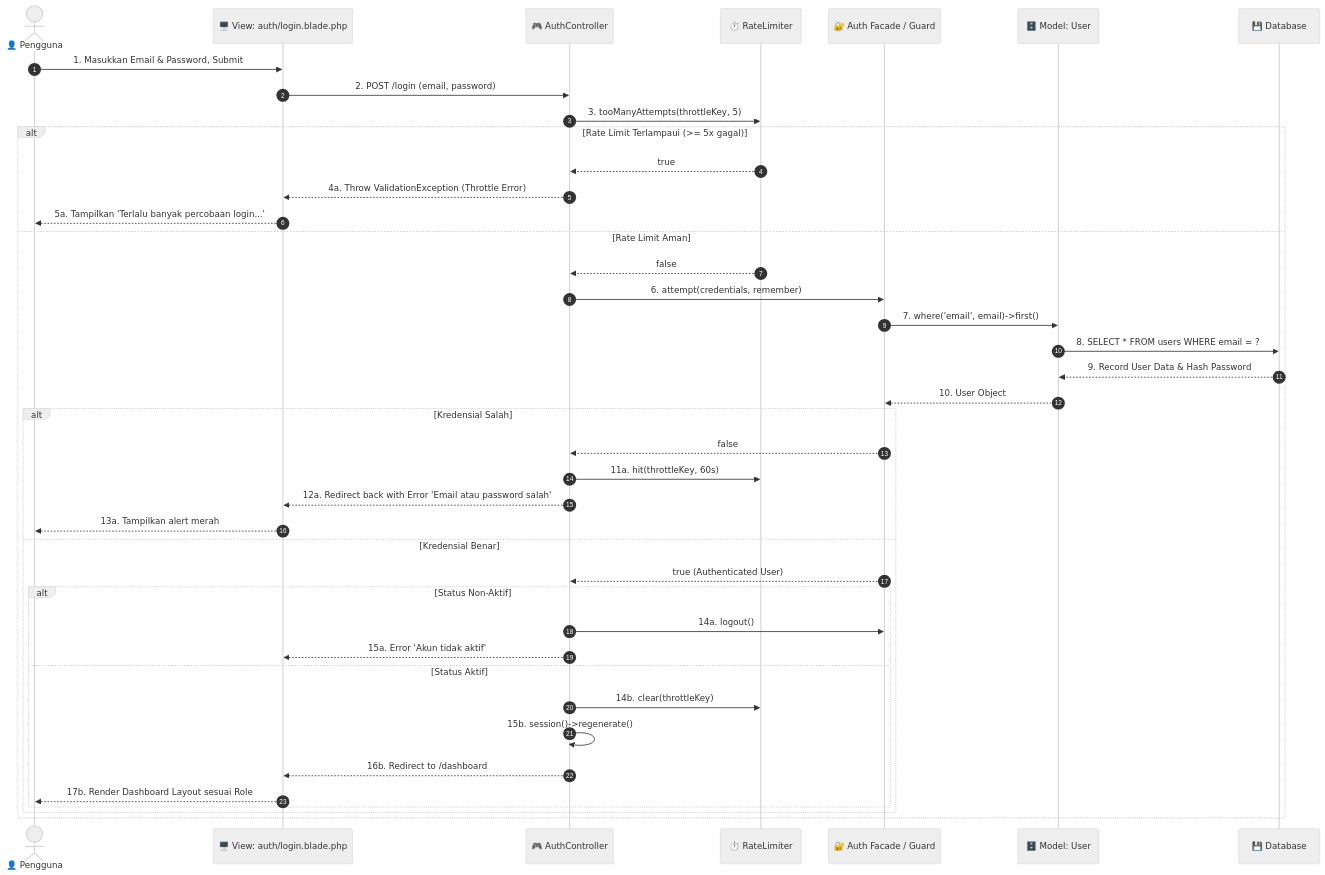
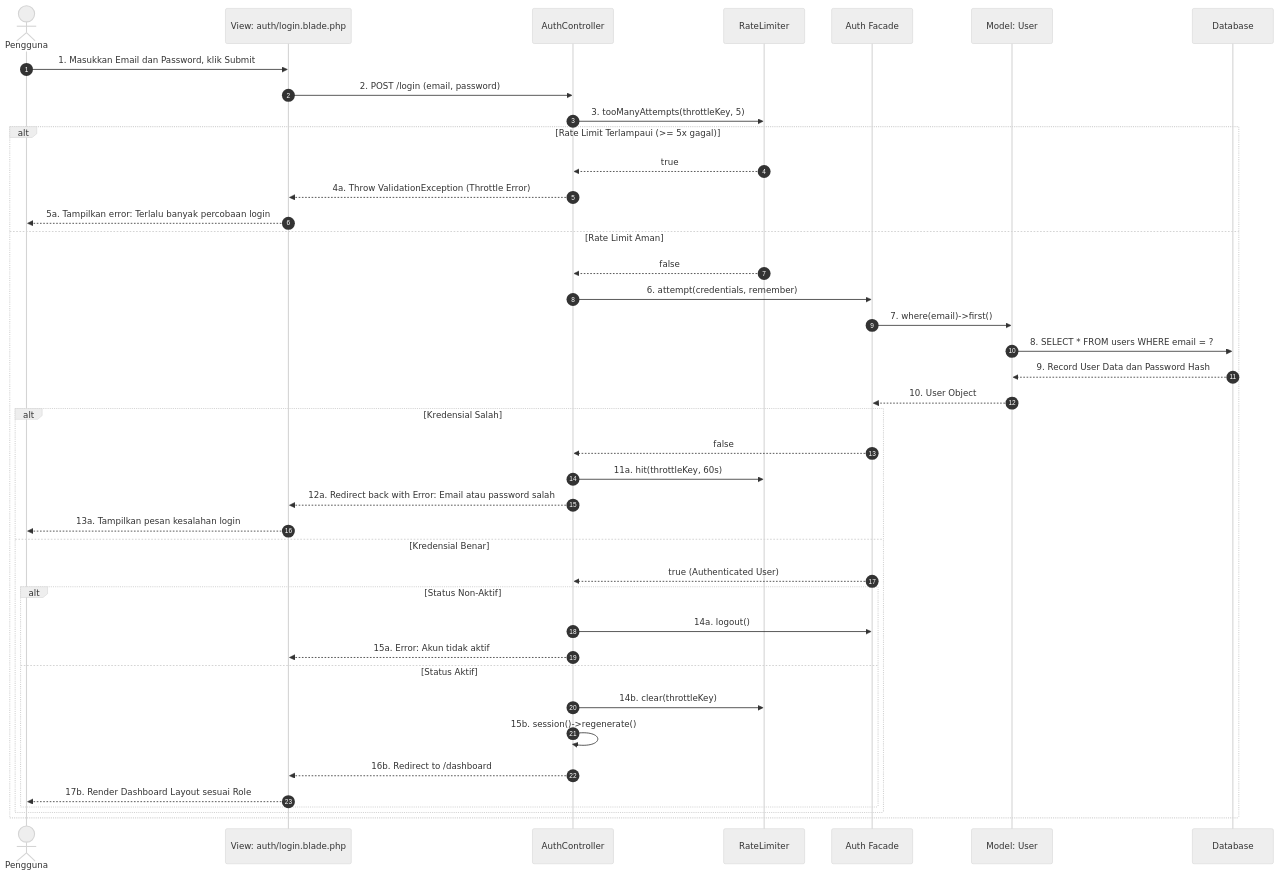
The seventh of 11 diagrams in DOKUMENTASI_UML_LENGKAP.md (dimasdekka/inventory-manajement-yintong), drawn with Mermaid (neutral theme) before and after one commit. The commit also changed other lines of this file, not shown here.

Commit message:
docs: clean UML documentation without icons and add draw.io XML model

````diff
--- a/DOKUMENTASI_UML_LENGKAP.md
+++ b/DOKUMENTASI_UML_LENGKAP.md
@@ -229,47 +401,47 @@
 ```mermaid
 sequenceDiagram
     autonumber
-    actor User as 👤 Pengguna
-    participant View as 🖥️ View: auth/login.blade.php
-    participant Ctrl as 🎮 AuthController
-    participant Limiter as ⏱️ RateLimiter
-    participant AuthFacade as 🔐 Auth Facade / Guard
-    participant UserModel as 🗄️ Model: User
-    participant DB as 💾 Database
+    actor User as Pengguna
+    participant View as View: auth/login.blade.php
+    participant Ctrl as AuthController
+    participant Limiter as RateLimiter
+    participant AuthFacade as Auth Facade
+    participant UserModel as Model: User
+    participant DB as Database
 
-    User->>View: 1. Masukkan Email & Password, Submit
+    User->>View: 1. Masukkan Email dan Password, klik Submit
     View->>Ctrl: 2. POST /login (email, password)
     
     Ctrl->>Limiter: 3. tooManyAttempts(throttleKey, 5)
     alt Rate Limit Terlampaui (>= 5x gagal)
         Limiter-->>Ctrl: true
         Ctrl-->>View: 4a. Throw ValidationException (Throttle Error)
-        View-->>User: 5a. Tampilkan 'Terlalu banyak percobaan login...'
+        View-->>User: 5a. Tampilkan error: Terlalu banyak percobaan login
     else Rate Limit Aman
         Limiter-->>Ctrl: false
         Ctrl->>AuthFacade: 6. attempt(credentials, remember)
-        AuthFacade->>UserModel: 7. where('email', email)->first()
+        AuthFacade->>UserModel: 7. where(email)->first()
         UserModel->>DB: 8. SELECT * FROM users WHERE email = ?
-        DB-->>UserModel: 9. Record User Data & Hash Password
+        DB-->>UserModel: 9. Record User Data dan Password Hash
         UserModel-->>AuthFacade: 10. User Object
         
         alt Kredensial Salah
             AuthFacade-->>Ctrl: false
             Ctrl->>Limiter: 11a. hit(throttleKey, 60s)
-            Ctrl-->>View: 12a. Redirect back with Error 'Email atau password salah'
-            View-->>User: 13a. Tampilkan alert merah
+            Ctrl-->>View: 12a. Redirect back with Error: Email atau password salah
+            View-->>User: 13a. Tampilkan pesan kesalahan login
         else Kredensial Benar
             AuthFacade-->>Ctrl: true (Authenticated User)
             
             alt Status Non-Aktif
                 Ctrl->>AuthFacade: 14a. logout()
-                Ctrl-->>View: 15a. Error 'Akun tidak aktif'
+                Ctrl-->>View: 15a. Error: Akun tidak aktif
             else Status Aktif
                 Ctrl->>Limiter: 14b. clear(throttleKey)
                 Ctrl->>Ctrl: 15b. session()->regenerate()
                 Ctrl-->>View: 16b. Redirect to /dashboard
                 View-->>User: 17b. Render Dashboard Layout sesuai Role
             end
         end
     end
 ```
````
